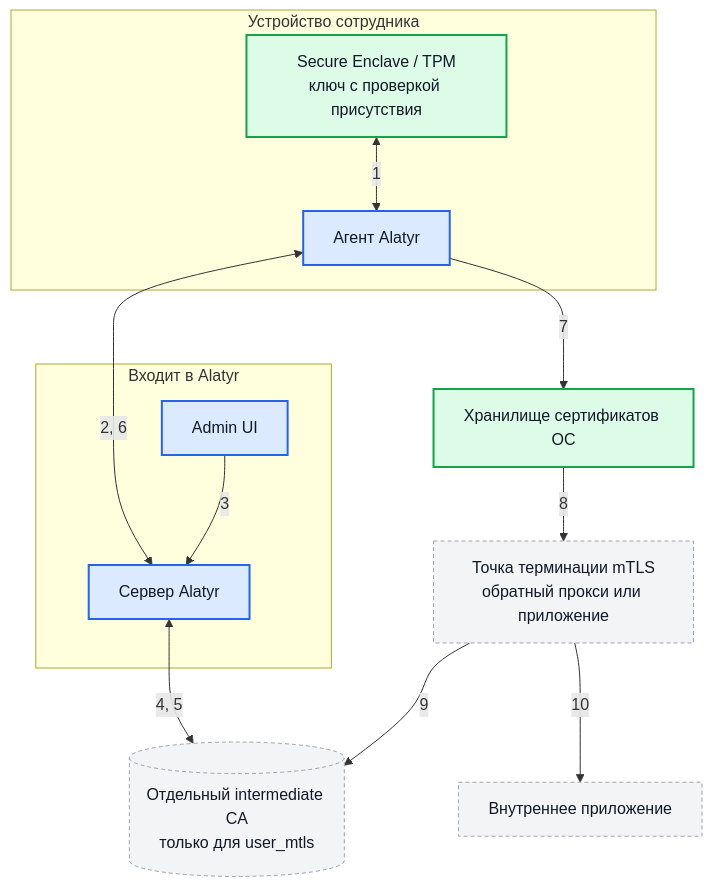
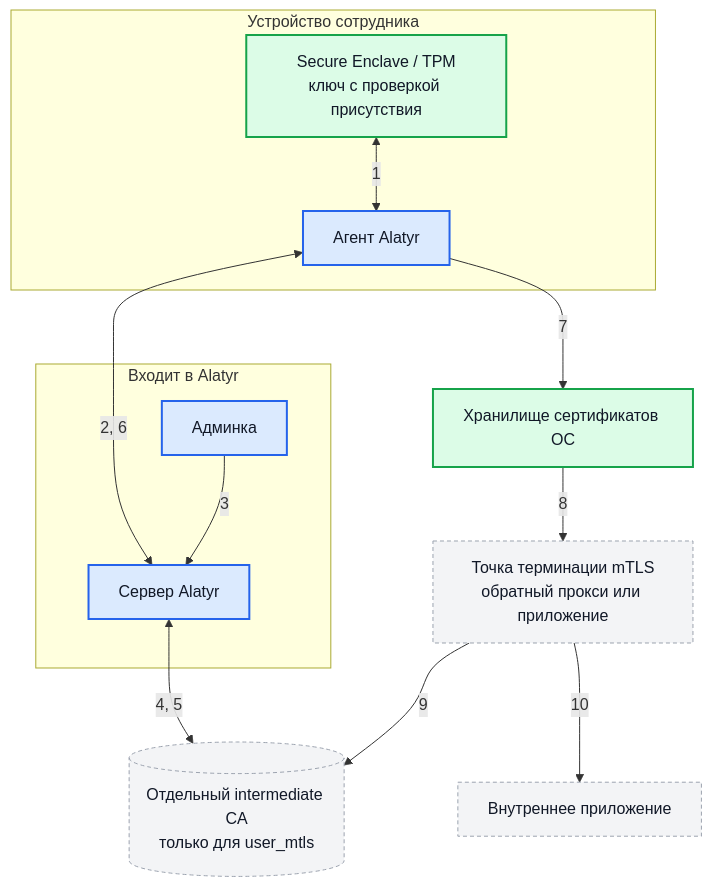
One commit to s3m4rgl/alatyr-docs changed the third of 9 diagrams in docs/use-cases.md. Above: the diagram before and after it, drawn with Mermaid. The commit also changed other lines of this file and 6 other files, not shown here.

````diff
--- a/docs/use-cases.md
+++ b/docs/use-cases.md
@@ -184,32 +196,32 @@
 ```mermaid
 flowchart TD
     subgraph DeviceBox["Устройство сотрудника"]
         HW["Secure Enclave / TPM<br/>ключ с проверкой присутствия"]
         Agent["Агент Alatyr"]
     end
 
     subgraph AlatyrBox["Входит в Alatyr"]
-        Admin["Admin UI"]
+        Admin["Админка"]
         Server["Сервер Alatyr"]
     end
 
     PKI[("Отдельный intermediate CA<br/>только для user_mtls")]
     Proxy["Точка терминации mTLS<br/>обратный прокси или приложение"]
     App["Внутреннее приложение"]
 
     HW <--> |"1"| Agent
     Agent <--> |"2, 6"| Server
     Admin --> |"3"| Server
     Server <--> |"4, 5"| PKI
     Agent --> |"7"| Store["Хранилище сертификатов ОС"]
     Store --> |"8"| Proxy
     Proxy --> |"9"| PKI
     Proxy --> |"10"| App
 
     classDef alatyr fill:#dbeafe,stroke:#2563eb,stroke-width:2px,color:#111827
     classDef external fill:#f3f4f6,stroke:#9ca3af,stroke-width:1px,stroke-dasharray: 4 3,color:#111827
     classDef device fill:#dcfce7,stroke:#16a34a,stroke-width:2px,color:#111827
     class Agent,Server,Admin alatyr
     class PKI,Proxy,App external
     class HW,Store device
 ```
````
